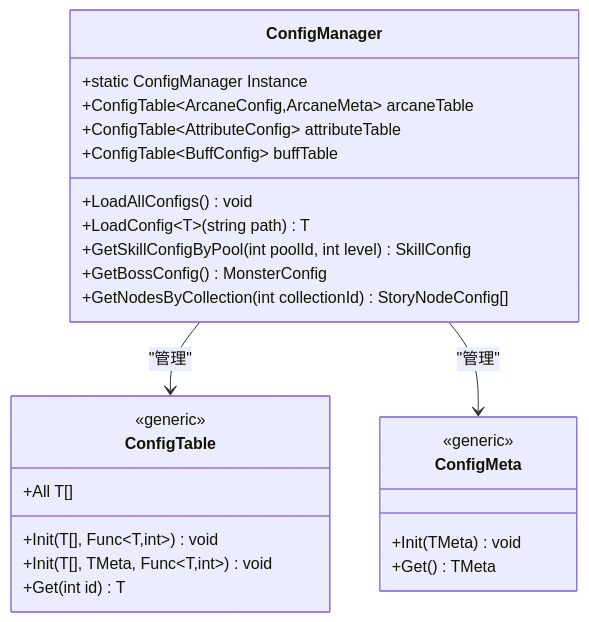
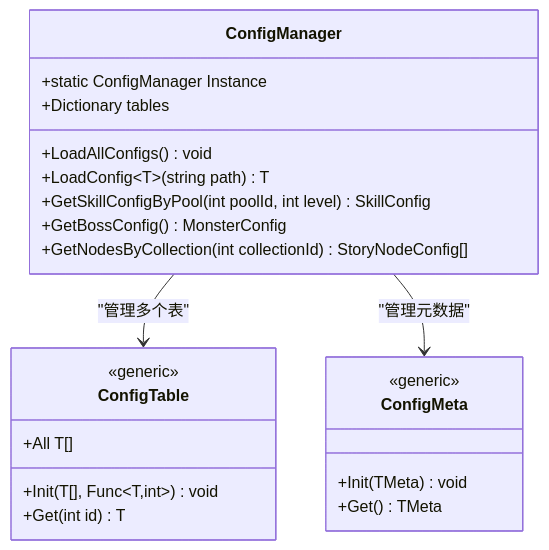
The fourth of 11 diagrams in .qoder/repowiki/zh/content/核心架构/数据生成工具.md (Tuusen/p1_client), drawn with Mermaid before and after one commit. The commit also changed other lines of this file and 40 other files, not shown here.

````diff
--- a/.qoder/repowiki/zh/content/核心架构/数据生成工具.md
+++ b/.qoder/repowiki/zh/content/核心架构/数据生成工具.md
@@ -177,28 +178,25 @@
 ```mermaid
 classDiagram
 class ConfigManager {
 +static ConfigManager Instance
-+ConfigTable~ArcaneConfig,ArcaneMeta~ arcaneTable
-+ConfigTable~AttributeConfig~ attributeTable
-+ConfigTable~BuffConfig~ buffTable
++Dictionary<string, ConfigTable> tables
 +LoadAllConfigs() void
 +LoadConfig~T~(string path) T
 +GetSkillConfigByPool(int poolId, int level) SkillConfig
 +GetBossConfig() MonsterConfig
 +GetNodesByCollection(int collectionId) StoryNodeConfig[]
 }
 class ConfigTable {
 <<generic>>
 +Init(T[], Func~T,int~) void
-+Init(T[], TMeta, Func~T,int~) void
 +Get(int id) T
 +All T[]
 }
 class ConfigMeta {
 <<generic>>
 +Init(TMeta) void
 +Get() TMeta
 }
-ConfigManager --> ConfigTable : "管理"
-ConfigManager --> ConfigMeta : "管理"
+ConfigManager --> ConfigTable : "管理多个表"
+ConfigManager --> ConfigMeta : "管理元数据"
 ```
````
